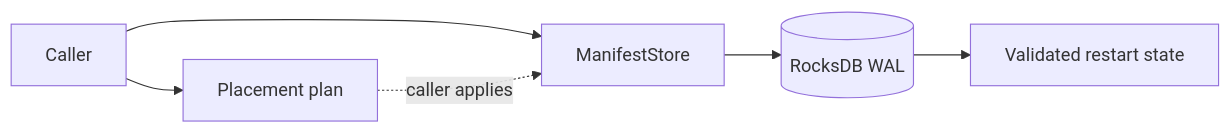
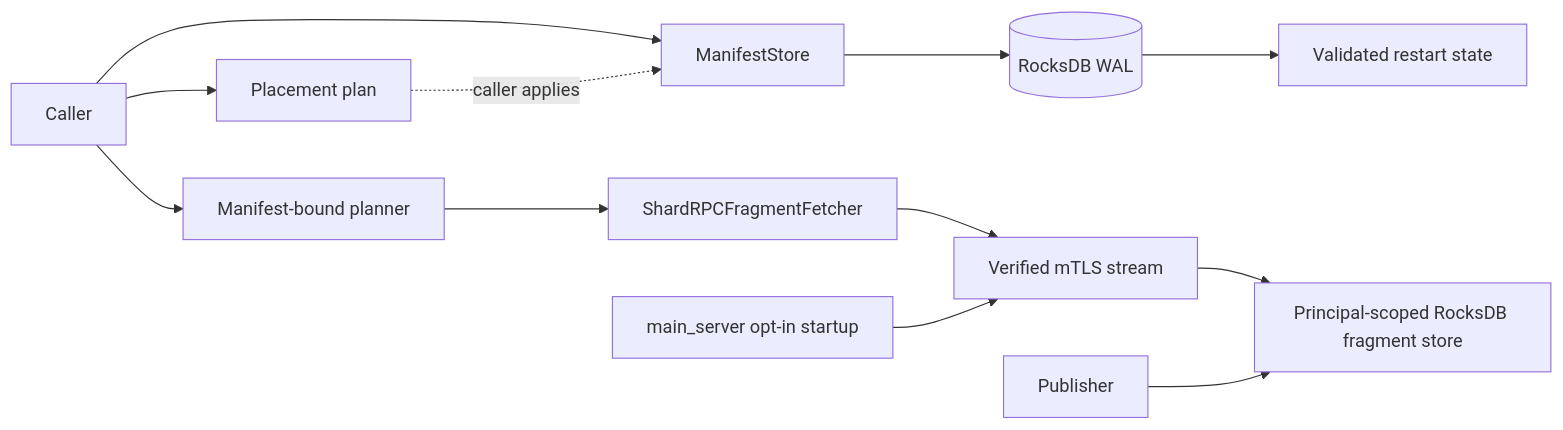
One commit to makr-code/ThemisDB changed the diagram in src/distributed_tensor/README.md. Above: the diagram before and after it, drawn with Mermaid. The commit also changed other lines of this file and 138 other files, not shown here.

````diff
--- a/src/distributed_tensor/README.md
+++ b/src/distributed_tensor/README.md
@@ -85,8 +153,14 @@
 ```mermaid
 flowchart LR
   Caller --> ManifestStore
   ManifestStore --> RocksDB[(RocksDB WAL)]
   RocksDB --> Restart[Validated restart state]
   Caller --> Placement[Placement plan]
   Placement -. caller applies .-> ManifestStore
+  Caller --> Planner[Manifest-bound planner]
+  Planner --> Fetcher[ShardRPCFragmentFetcher]
+  Fetcher --> ShardRPC[Verified mTLS stream]
+  ShardRPC --> Reader[Principal-scoped RocksDB fragment store]
+  Publisher --> Reader
+  Host[main_server opt-in startup] --> ShardRPC
 ```
````
